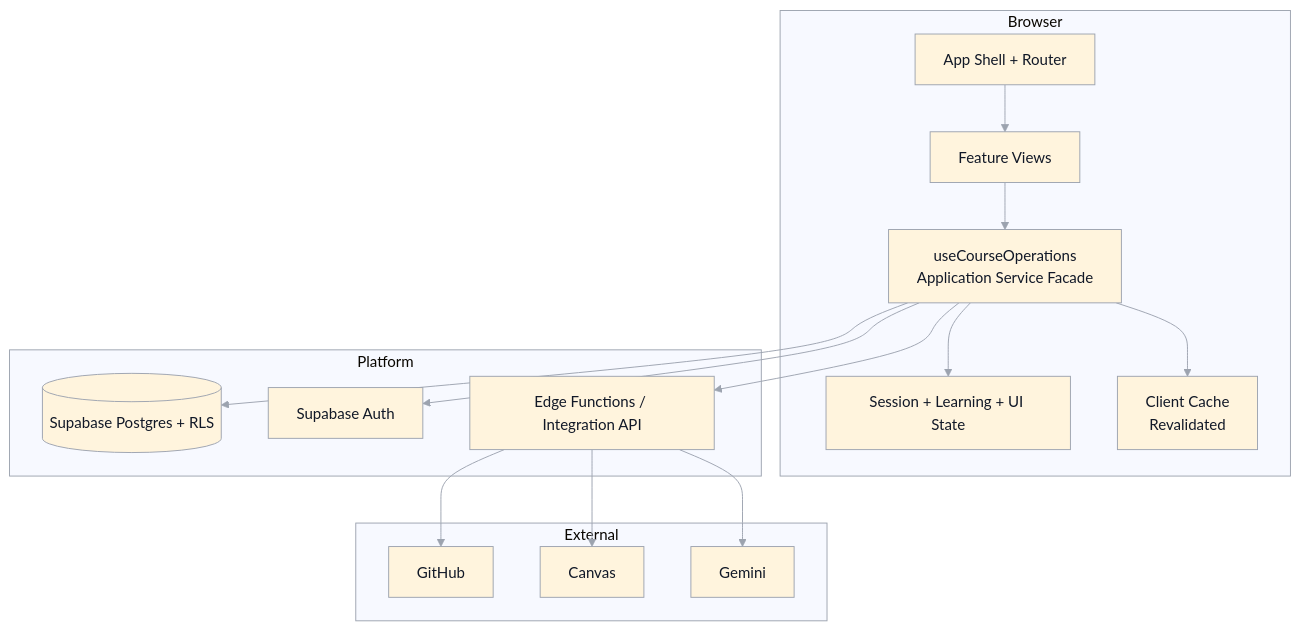
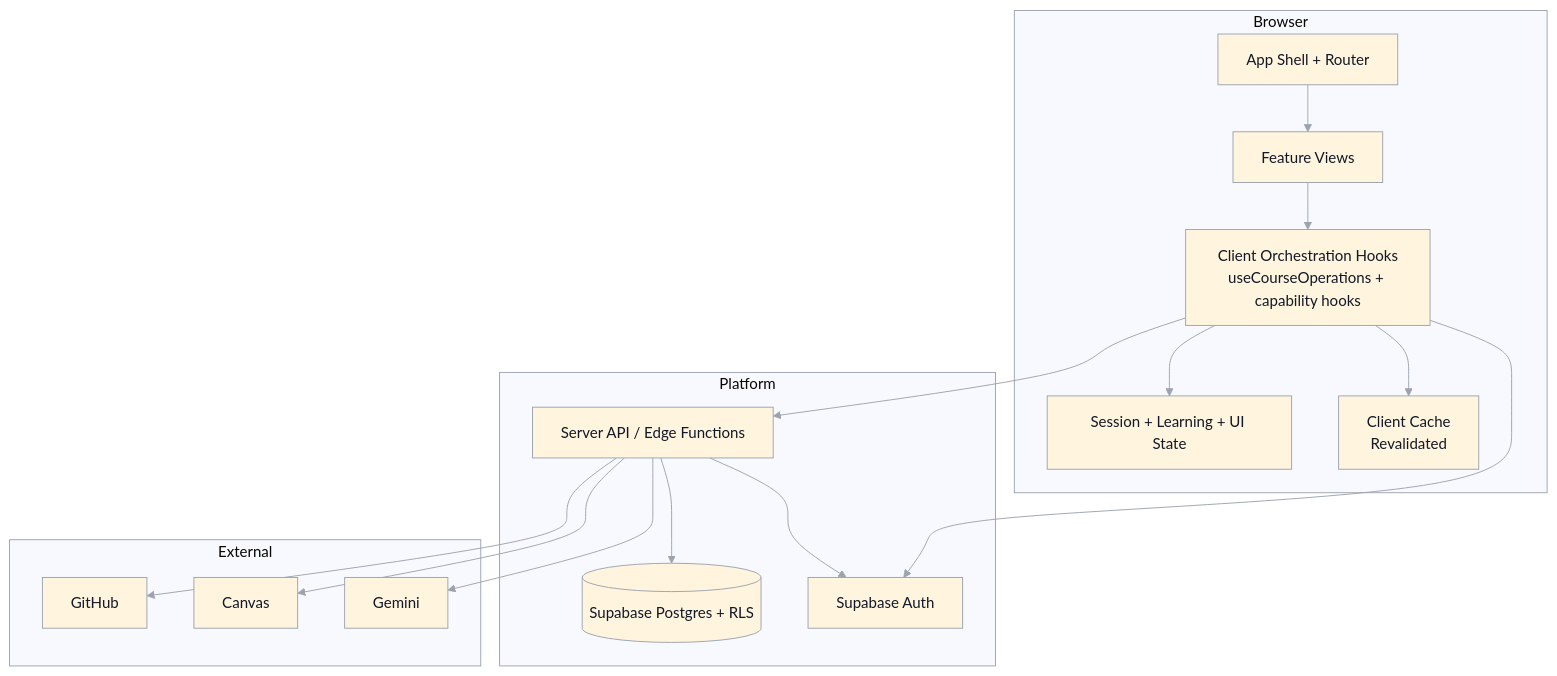
The second of 5 diagrams in specification/architecture-system.md (leesjensen/masteryls), drawn with Mermaid before and after one commit. The commit also changed other lines of this file and 9 other files, not shown here.

Commit message:
spec: formalize API contracts and server boundary

````diff
--- a/specification/architecture-system.md
+++ b/specification/architecture-system.md
@@ -46,34 +78,35 @@
 ```mermaid
 %%{init: {"theme": "base", "themeVariables": {"background": "#ffffff", "lineColor": "#9ca3af", "primaryBorderColor": "#9ca3af", "secondaryBorderColor": "#9ca3af", "tertiaryBorderColor": "#9ca3af", "clusterBorder": "#9ca3af", "edgeLabelBackground": "#ffffff", "primaryTextColor": "#111827"}}}%%
 flowchart TB
   subgraph Browser
     APP[App Shell + Router]
     VIEWS[Feature Views]
-    OPS[useCourseOperations<br/>Application Service Facade]
+    OPS[Client Orchestration Hooks<br/>useCourseOperations + capability hooks]
     STORE[Session + Learning + UI State]
     CACHE[Client Cache<br/>Revalidated]
   end
 
   subgraph Platform
     DB[(Supabase Postgres + RLS)]
     AUTH[Supabase Auth]
-    FX[Edge Functions / Integration API]
+    FX[Server API / Edge Functions]
   end
 
   subgraph External
     GH[GitHub]
     CV[Canvas]
     GM[Gemini]
   end
 
   APP --> VIEWS
   VIEWS --> OPS
   OPS --> STORE
   OPS --> CACHE
-  OPS --> DB
   OPS --> AUTH
   OPS --> FX
+  FX --> DB
+  FX --> AUTH
   FX --> GH
   FX --> CV
   FX --> GM
 ```
````
